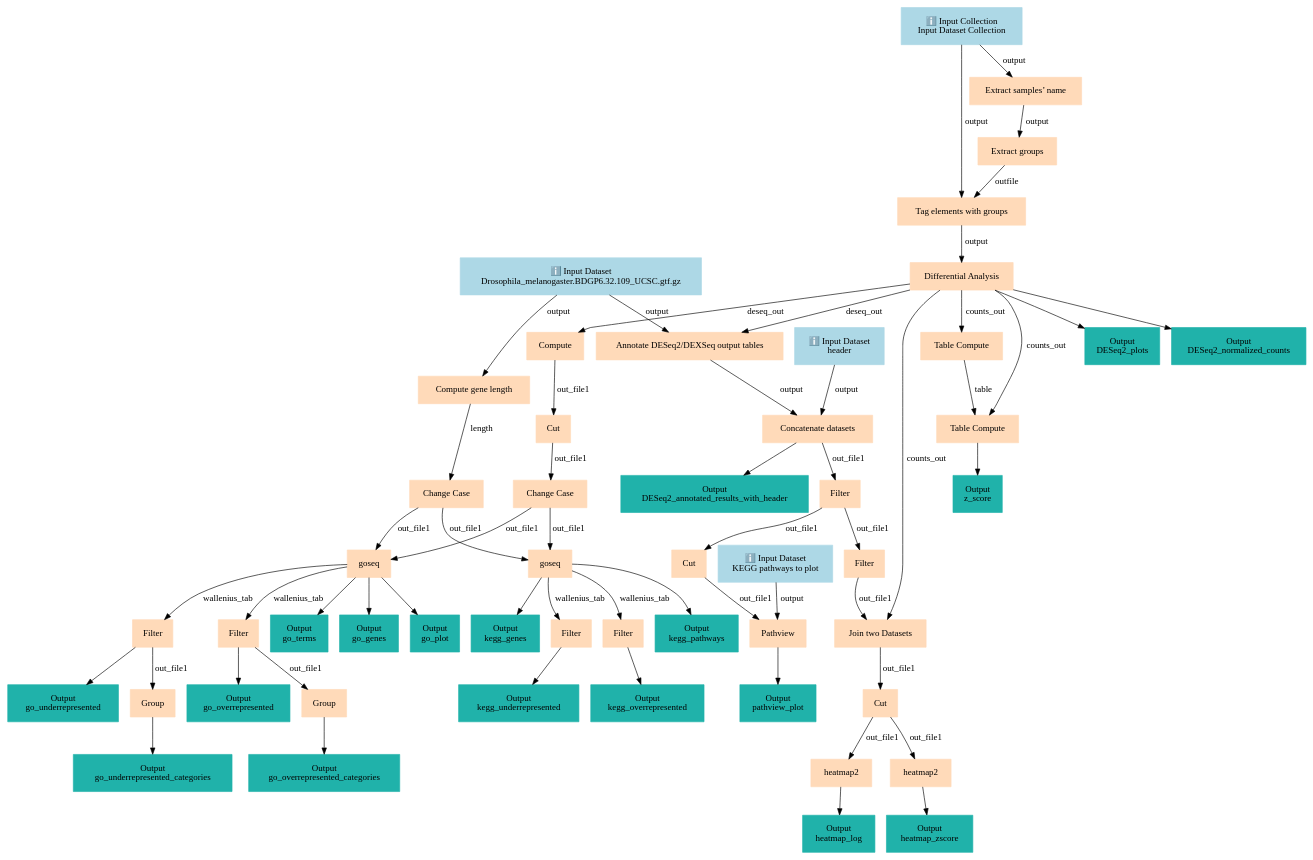
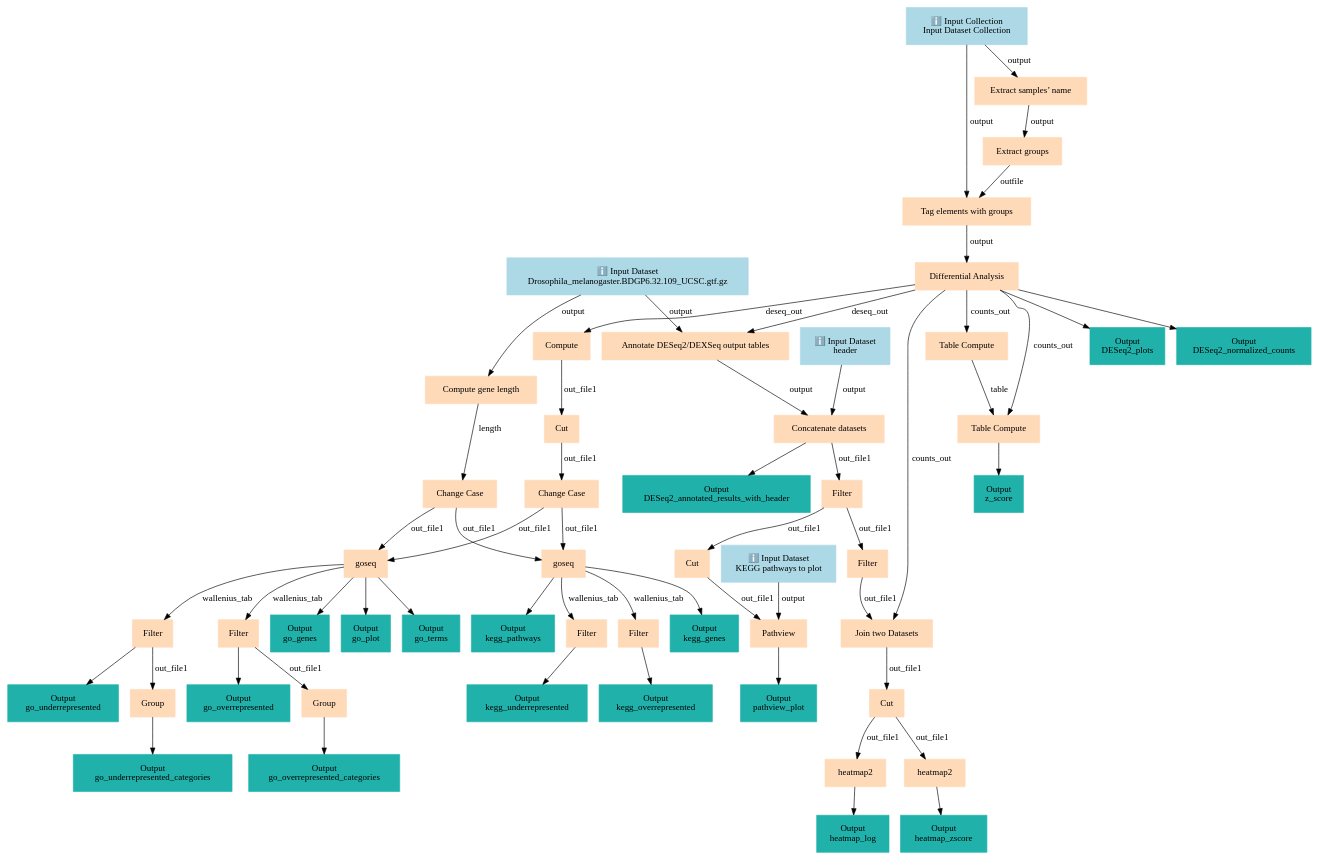
Before and after one commit to galaxyproject/training-material: the diagram in api/workflows/transcriptomics/ref-based/deg-analysis/graph.dot, drawn with Graphviz. The commit also changed other lines of this file and 8333 other files, not shown here.

```diff
--- a/api/workflows/transcriptomics/ref-based/deg-analysis/graph.dot
+++ b/api/workflows/transcriptomics/ref-based/deg-analysis/graph.dot
@@ -1,110 +1,110 @@
 digraph main {
   node [fontname="Atkinson Hyperlegible", shape=box, color=white,style=filled,color=peachpuff,margin="0.2,0.2"];
   edge [fontname="Atkinson Hyperlegible"];
   0[color=lightblue,label="ℹ️ Input Collection\nInput Dataset Collection"]
   1[color=lightblue,label="ℹ️ Input Dataset\nDrosophila_melanogaster.BDGP6.32.109_UCSC.gtf.gz"]
   2[color=lightblue,label="ℹ️ Input Dataset\nheader"]
   3[color=lightblue,label="ℹ️ Input Dataset\nKEGG pathways to plot"]
   4[label="Extract samples’ name"]
   0 -> 4 [label="output"]
   5[label="Compute gene length"]
   1 -> 5 [label="output"]
   6[label="Extract groups"]
   4 -> 6 [label="output"]
   7[label="Change Case"]
   5 -> 7 [label="length"]
   8[label="Tag elements with groups"]
   0 -> 8 [label="output"]
   6 -> 8 [label="outfile"]
   9[label="Differential Analysis"]
   8 -> 9 [label="output"]
   kc1ff3e9a46d34862adb6076ea951be26[color=lightseagreen,label="Output\nDESeq2_plots"]
   9 -> kc1ff3e9a46d34862adb6076ea951be26
   kb430e84ecfa548e892a7ef5630ced1e5[color=lightseagreen,label="Output\nDESeq2_normalized_counts"]
   9 -> kb430e84ecfa548e892a7ef5630ced1e5
   10[label="Compute"]
   9 -> 10 [label="deseq_out"]
   11[label="Annotate DESeq2/DEXSeq output tables"]
   1 -> 11 [label="output"]
   9 -> 11 [label="deseq_out"]
   12[label="Table Compute"]
   9 -> 12 [label="counts_out"]
   13[label="Cut"]
   10 -> 13 [label="out_file1"]
   14[label="Concatenate datasets"]
   2 -> 14 [label="output"]
   11 -> 14 [label="output"]
   k11f468377dbb453b962a3c97cb0faad4[color=lightseagreen,label="Output\nDESeq2_annotated_results_with_header"]
   14 -> k11f468377dbb453b962a3c97cb0faad4
   15[label="Table Compute"]
   9 -> 15 [label="counts_out"]
   12 -> 15 [label="table"]
   k32004d237c994405a65ffd861b40c949[color=lightseagreen,label="Output\nz_score"]
   15 -> k32004d237c994405a65ffd861b40c949
   16[label="Change Case"]
   13 -> 16 [label="out_file1"]
   17[label="Filter"]
   14 -> 17 [label="out_file1"]
   18[label="goseq"]
   16 -> 18 [label="out_file1"]
   7 -> 18 [label="out_file1"]
-  kc06c58d4ab5d49dab481baf668c6fc29[color=lightseagreen,label="Output\ngo_terms"]
-  18 -> kc06c58d4ab5d49dab481baf668c6fc29
   ka0dd739772624336abd6a915ab6be36a[color=lightseagreen,label="Output\ngo_genes"]
   18 -> ka0dd739772624336abd6a915ab6be36a
   k659fec584ed54aee9e507acce21113cb[color=lightseagreen,label="Output\ngo_plot"]
   18 -> k659fec584ed54aee9e507acce21113cb
+  kc06c58d4ab5d49dab481baf668c6fc29[color=lightseagreen,label="Output\ngo_terms"]
+  18 -> kc06c58d4ab5d49dab481baf668c6fc29
   19[label="goseq"]
   16 -> 19 [label="out_file1"]
   7 -> 19 [label="out_file1"]
+  k9872b0179b394cd3b232a305979a782b[color=lightseagreen,label="Output\nkegg_genes"]
+  19 -> k9872b0179b394cd3b232a305979a782b
   k8d0ac5beac7d4f1085acd3461f561a50[color=lightseagreen,label="Output\nkegg_pathways"]
   19 -> k8d0ac5beac7d4f1085acd3461f561a50
-  k9872b0179b394cd3b232a305979a782b[color=lightseagreen,label="Output\nkegg_genes"]
-  19 -> k9872b0179b394cd3b232a305979a782b
   20[label="Cut"]
   17 -> 20 [label="out_file1"]
   21[label="Filter"]
   17 -> 21 [label="out_file1"]
   22[label="Filter"]
   18 -> 22 [label="wallenius_tab"]
   kae7623940e904b9aa7b47cffeccc80a7[color=lightseagreen,label="Output\ngo_underrepresented"]
   22 -> kae7623940e904b9aa7b47cffeccc80a7
   23[label="Filter"]
   18 -> 23 [label="wallenius_tab"]
   kb788d5b7119c418aa12ba97ef7ea5bf2[color=lightseagreen,label="Output\ngo_overrepresented"]
   23 -> kb788d5b7119c418aa12ba97ef7ea5bf2
   24[label="Filter"]
   19 -> 24 [label="wallenius_tab"]
   k69f80c89fc7d4bea836f34e68615abcd[color=lightseagreen,label="Output\nkegg_underrepresented"]
   24 -> k69f80c89fc7d4bea836f34e68615abcd
   25[label="Filter"]
   19 -> 25 [label="wallenius_tab"]
   k930f14610ade4744a83d843108c4b597[color=lightseagreen,label="Output\nkegg_overrepresented"]
   25 -> k930f14610ade4744a83d843108c4b597
   26[label="Pathview"]
   20 -> 26 [label="out_file1"]
   3 -> 26 [label="output"]
   k7cdd44756de34c02be8dd76e788980f6[color=lightseagreen,label="Output\npathview_plot"]
   26 -> k7cdd44756de34c02be8dd76e788980f6
   27[label="Join two Datasets"]
   9 -> 27 [label="counts_out"]
   21 -> 27 [label="out_file1"]
   28[label="Group"]
   22 -> 28 [label="out_file1"]
   kd1ae921d2e2b46d895a24443f5a1b3b4[color=lightseagreen,label="Output\ngo_underrepresented_categories"]
   28 -> kd1ae921d2e2b46d895a24443f5a1b3b4
   29[label="Group"]
   23 -> 29 [label="out_file1"]
   k4d2d01eb15d24863a5229462c15eb51c[color=lightseagreen,label="Output\ngo_overrepresented_categories"]
   29 -> k4d2d01eb15d24863a5229462c15eb51c
   30[label="Cut"]
   27 -> 30 [label="out_file1"]
   31[label="heatmap2"]
   30 -> 31 [label="out_file1"]
   k42cb6b684ed64b6e9312744b9e0c1442[color=lightseagreen,label="Output\nheatmap_log"]
   31 -> k42cb6b684ed64b6e9312744b9e0c1442
   32[label="heatmap2"]
   30 -> 32 [label="out_file1"]
   k0ecef5aa76ed4fe792443b32d231e7f3[color=lightseagreen,label="Output\nheatmap_zscore"]
   32 -> k0ecef5aa76ed4fe792443b32d231e7f3
 }
```
